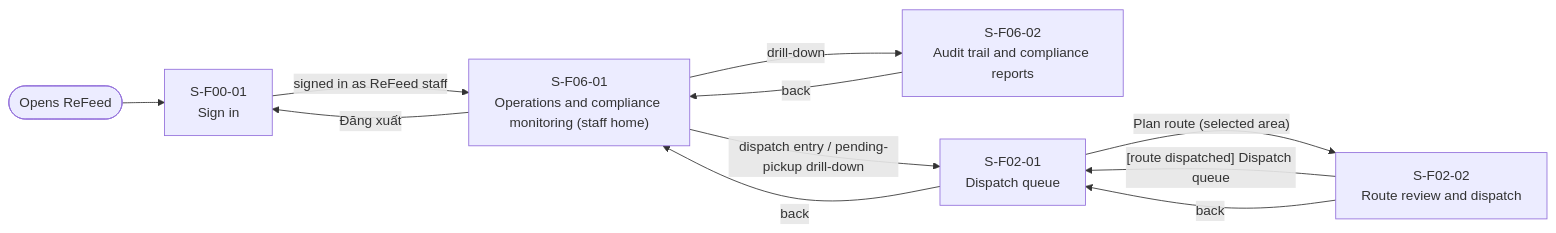
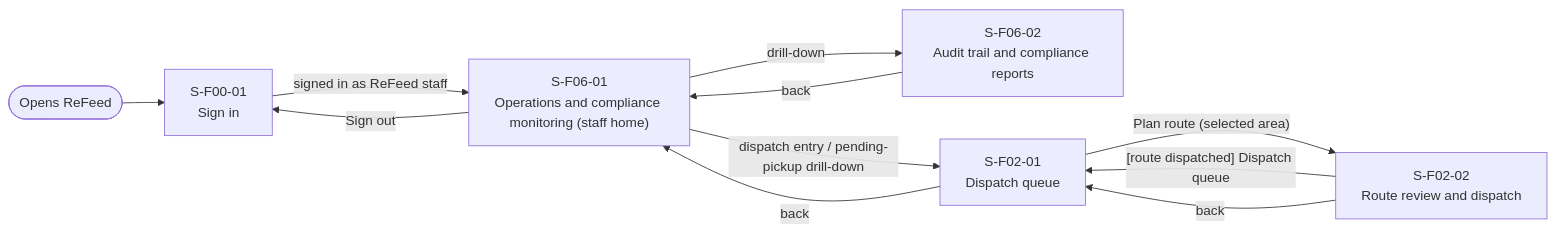
One commit to thuyvicbh-alt/DBIZ2---GROUP-D changed the fourth of 4 diagrams in docs/external-design/screen-transition.md. Above: the diagram before and after it, drawn with Mermaid. The commit also changed other lines of this file, not shown here.

````diff
--- a/docs/external-design/screen-transition.md
+++ b/docs/external-design/screen-transition.md
@@ -110,19 +110,19 @@
 ```mermaid
 flowchart LR
   entry(["Opens ReFeed"])
   S00_01["S-F00-01<br>Sign in"]
   S06_01["S-F06-01<br>Operations and compliance monitoring (staff home)"]
   S06_02["S-F06-02<br>Audit trail and compliance reports"]
   S02_01["S-F02-01<br>Dispatch queue"]
   S02_02["S-F02-02<br>Route review and dispatch"]
   entry --> S00_01
   S00_01 -->|"signed in as ReFeed staff"| S06_01
   S06_01 -->|"dispatch entry / pending-pickup drill-down"| S02_01
   S06_01 -->|"drill-down"| S06_02
-  S06_01 -->|"Đăng xuất"| S00_01
+  S06_01 -->|"Sign out"| S00_01
   S02_01 -->|"Plan route (selected area)"| S02_02
   S02_01 -->|"back"| S06_01
   S02_02 -->|"[route dispatched] Dispatch queue"| S02_01
   S02_02 -->|"back"| S02_01
   S06_02 -->|"back"| S06_01
 ```
````
